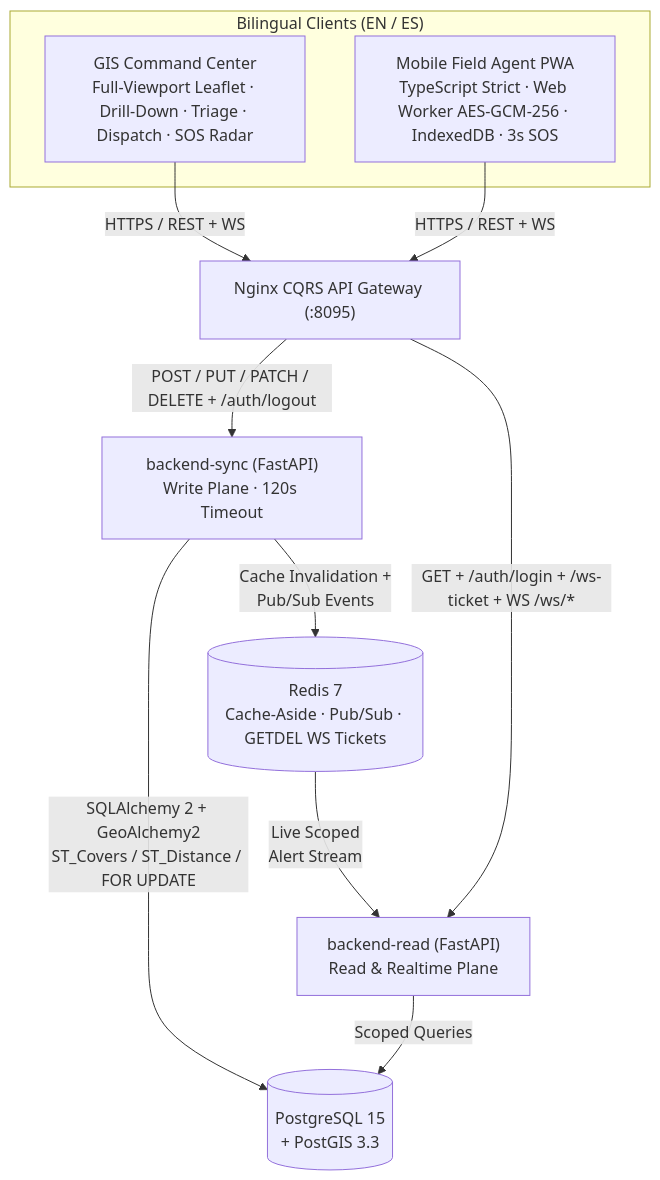
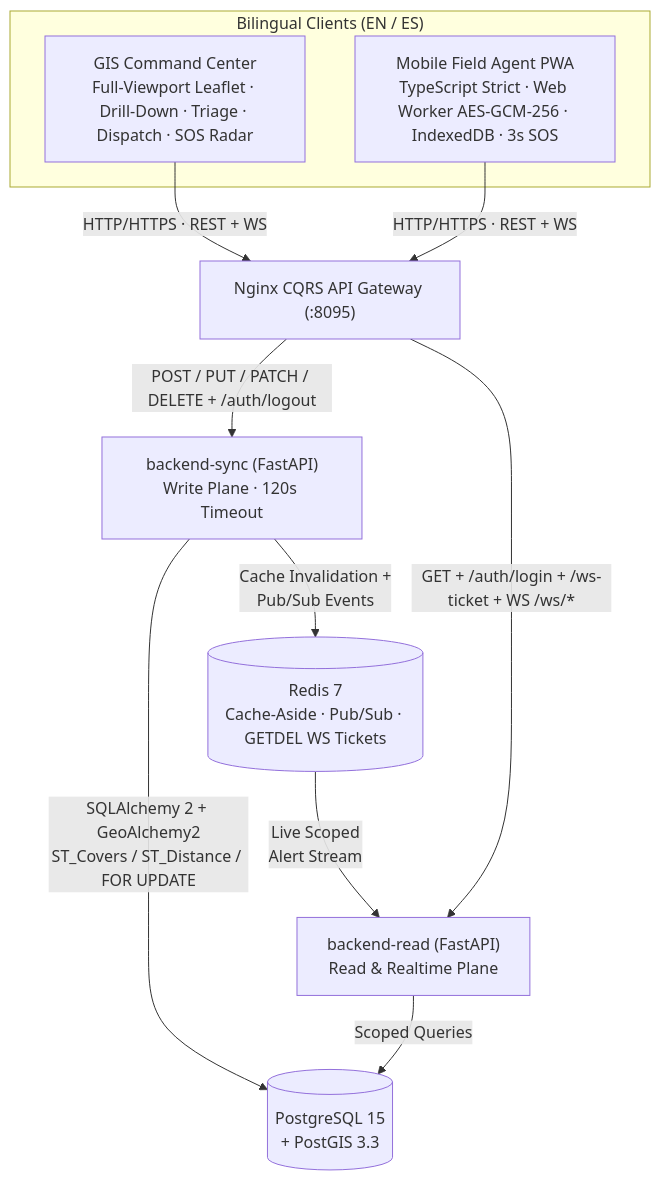
Before and after one commit to Mc3yohan/quantico-censo: the diagram in README.md, drawn with Mermaid. The commit also changed other lines of this file and 1 other file, not shown here.

Commit message:
docs: clarify local Secure Context server, E2E verifier deps, and local HTTP/WS Mermaid label

````diff
--- a/README.md
+++ b/README.md
@@ -48,19 +48,19 @@
 ```mermaid
 flowchart TD
     subgraph Client["Bilingual Clients (EN / ES)"]
         CMD["GIS Command Center\nFull-Viewport Leaflet · Drill-Down · Triage · Dispatch · SOS Radar"]
         PWA["Mobile Field Agent PWA\nTypeScript Strict · Web Worker AES-GCM-256 · IndexedDB · 3s SOS"]
     end
 
-    CMD -->|"HTTPS / REST + WS"| GW["Nginx CQRS API Gateway (:8095)"]
-    PWA -->|"HTTPS / REST + WS"| GW
+    CMD -->|"HTTP/HTTPS · REST + WS"| GW["Nginx CQRS API Gateway (:8095)"]
+    PWA -->|"HTTP/HTTPS · REST + WS"| GW
 
     GW -->|"POST / PUT / PATCH / DELETE + /auth/logout"| SYNC["backend-sync (FastAPI)\nWrite Plane · 120s Timeout"]
     GW -->|"GET + /auth/login + /ws-ticket + WS /ws/*"| READ["backend-read (FastAPI)\nRead & Realtime Plane"]
 
     SYNC -->|"SQLAlchemy 2 + GeoAlchemy2\nST_Covers / ST_Distance / FOR UPDATE"| PG[("PostgreSQL 15\n+ PostGIS 3.3")]
     READ -->|"Scoped Queries"| PG
 
     SYNC -->|"Cache Invalidation +\nPub/Sub Events"| REDIS[("Redis 7\nCache-Aside · Pub/Sub · GETDEL WS Tickets")]
     REDIS -->|"Live Scoped\nAlert Stream"| READ
 ```
````
